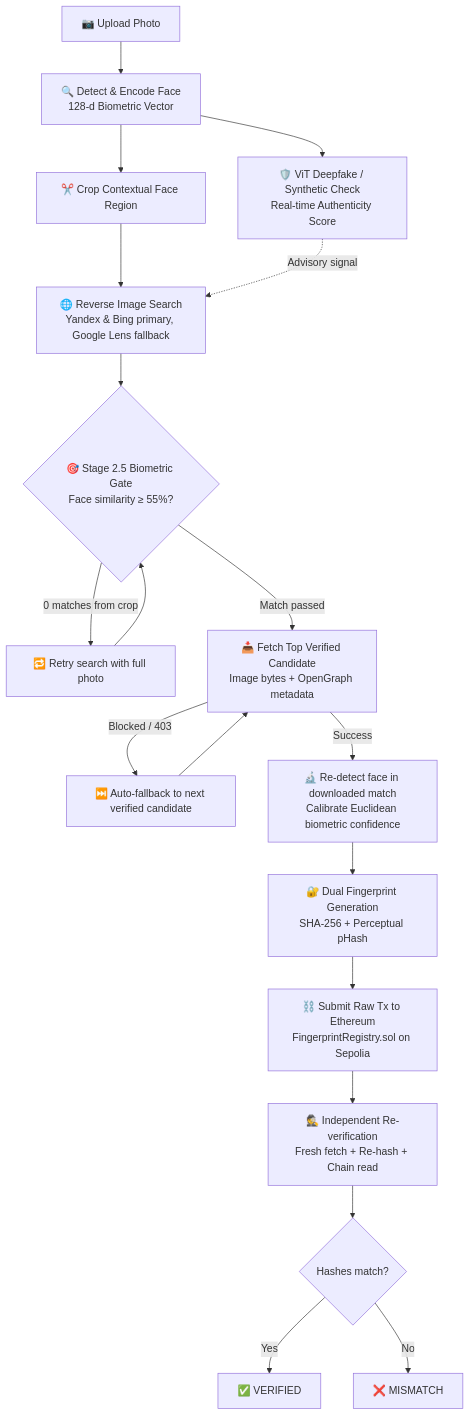
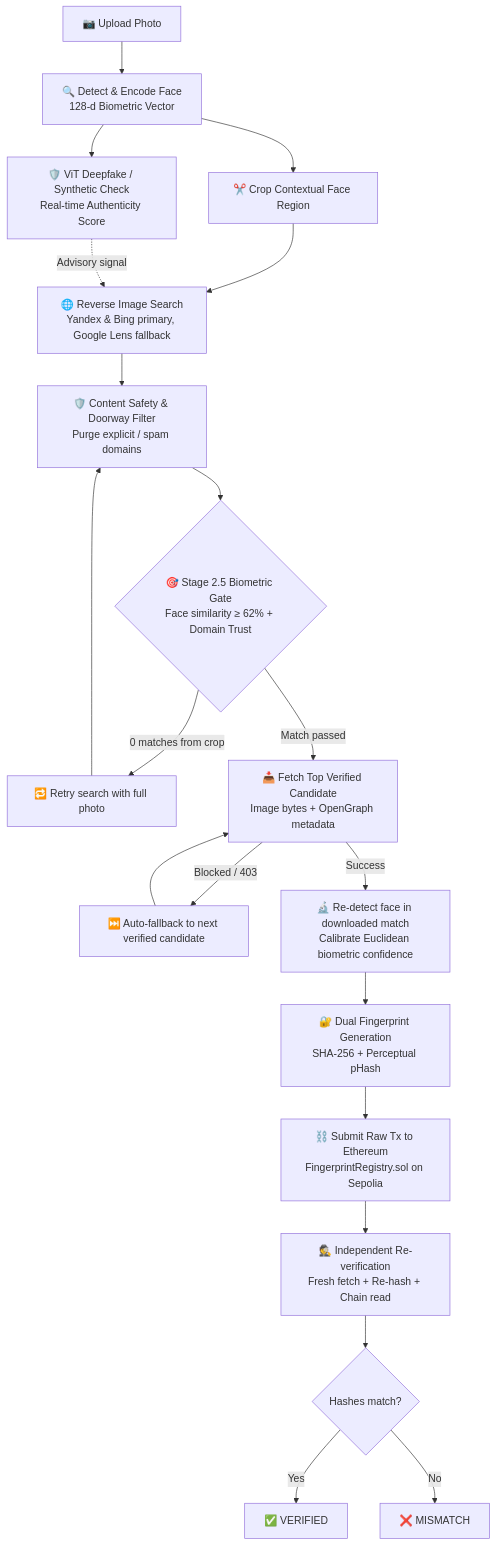
Before and after one commit to aryanosh/was-this-you: the diagram in README.md, drawn with Mermaid. The commit also changed other lines of this file, not shown here.

Commit message:
docs: update README with safety filter, domain authority, 62% threshold, model pre-warming, and pytest suite

````diff
--- a/README.md
+++ b/README.md
@@ -42,21 +45,22 @@
 ```mermaid
 flowchart TD
     A[📷 Upload Photo] --> B[🔍 Detect & Encode Face<br/>128-d Biometric Vector]
     B --> B2[✂️ Crop Contextual Face Region]
     B --> C1[🛡️ ViT Deepfake / Synthetic Check<br/>Real-time Authenticity Score]
     B2 --> C[🌐 Reverse Image Search<br/>Yandex & Bing primary, Google Lens fallback]
     C1 -. Advisory signal .-> C
-    C --> V{🎯 Stage 2.5 Biometric Gate<br/>Face similarity ≥ 55%?}
+    C --> S[🛡️ Content Safety & Doorway Filter<br/>Purge explicit / spam domains]
+    S --> V{🎯 Stage 2.5 Biometric Gate<br/>Face similarity ≥ 62% + Domain Trust}
     V -- 0 matches from crop --> C2[🔁 Retry search with full photo]
-    C2 --> V
+    C2 --> S
     V -- Match passed --> D[📥 Fetch Top Verified Candidate<br/>Image bytes + OpenGraph metadata]
     D -- Blocked / 403 --> D2[⏭️ Auto-fallback to next verified candidate]
     D2 --> D
     D -- Success --> D3[🔬 Re-detect face in downloaded match<br/>Calibrate Euclidean biometric confidence]
     D3 --> E[🔐 Dual Fingerprint Generation<br/>SHA-256 + Perceptual pHash]
     E --> F[⛓️ Submit Raw Tx to Ethereum<br/>FingerprintRegistry.sol on Sepolia]
     F --> G[🕵️ Independent Re-verification<br/>Fresh fetch + Re-hash + Chain read]
     G --> H{Hashes match?}
     H -- Yes --> I[✅ VERIFIED]
     H -- No --> J[❌ MISMATCH]
 ```
````
